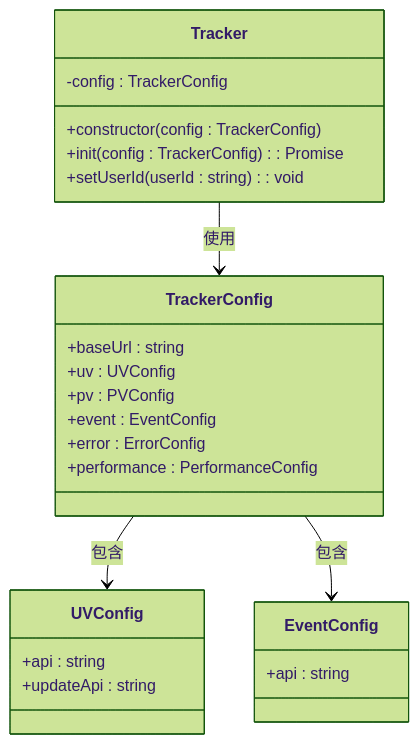
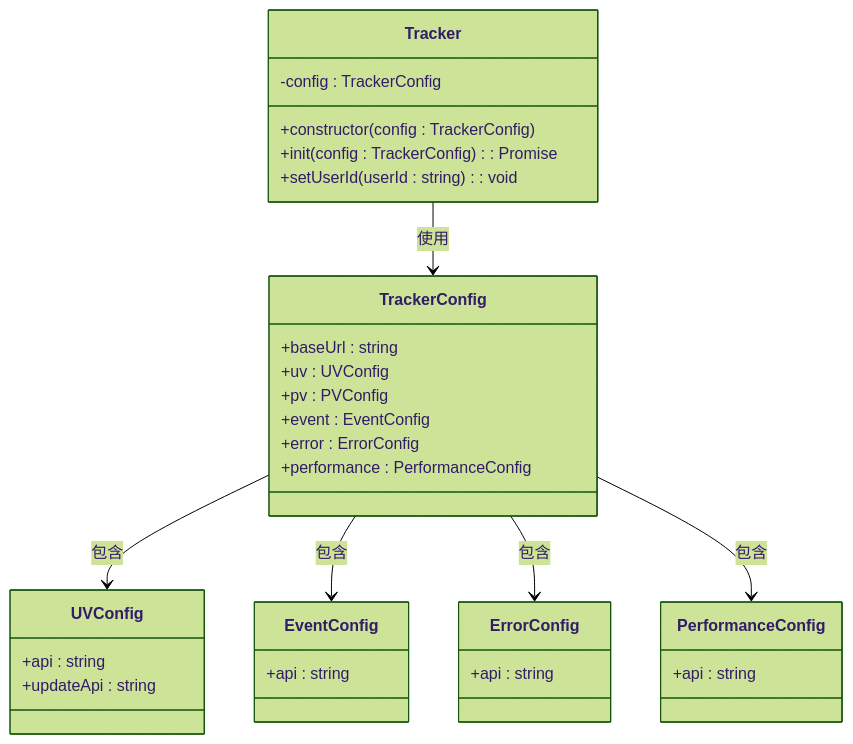
One commit to LihaoZDB/English-Study changed the third of 15 diagrams in .qoder/repowiki/zh/content/分析跟踪模块.md. Above: the diagram before and after it, drawn with Mermaid (forest theme). The commit also changed other lines of this file and 5 other files, not shown here.

````diff
--- a/.qoder/repowiki/zh/content/分析跟踪模块.md
+++ b/.qoder/repowiki/zh/content/分析跟踪模块.md
@@ -139,27 +193,35 @@
 ```mermaid
 classDiagram
 class Tracker {
 -config : TrackerConfig
 +constructor(config : TrackerConfig)
 +init(config : TrackerConfig) : Promise<void>
 +setUserId(userId : string) : void
 }
 class TrackerConfig {
 +baseUrl : string
 +uv : UVConfig
 +pv : PVConfig
 +event : EventConfig
 +error : ErrorConfig
 +performance : PerformanceConfig
 }
 class UVConfig {
 +api : string
 +updateApi : string
 }
 class EventConfig {
 +api : string
 }
+class ErrorConfig {
++api : string
+}
+class PerformanceConfig {
++api : string
+}
 Tracker --> TrackerConfig : 使用
 TrackerConfig --> UVConfig : 包含
 TrackerConfig --> EventConfig : 包含
+TrackerConfig --> ErrorConfig : 包含
+TrackerConfig --> PerformanceConfig : 包含
 ```
````
